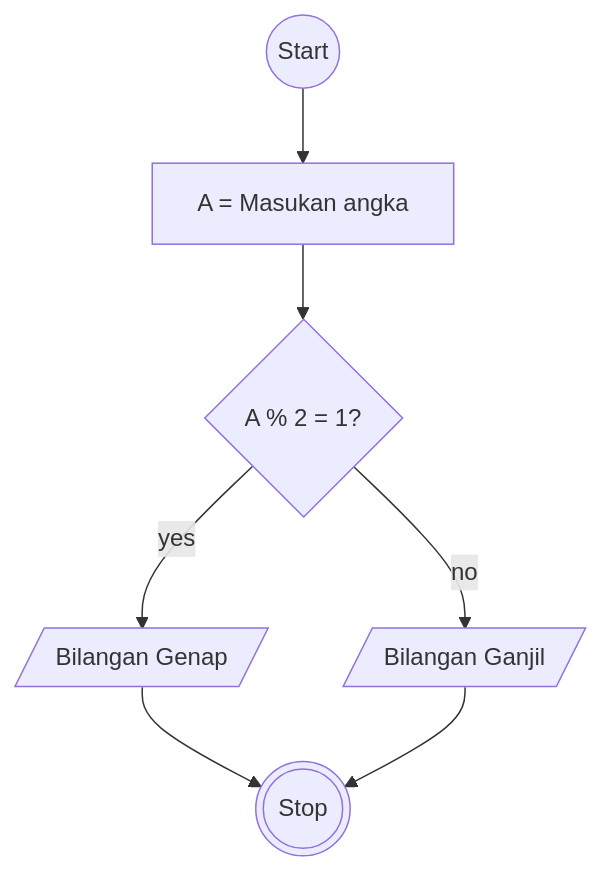
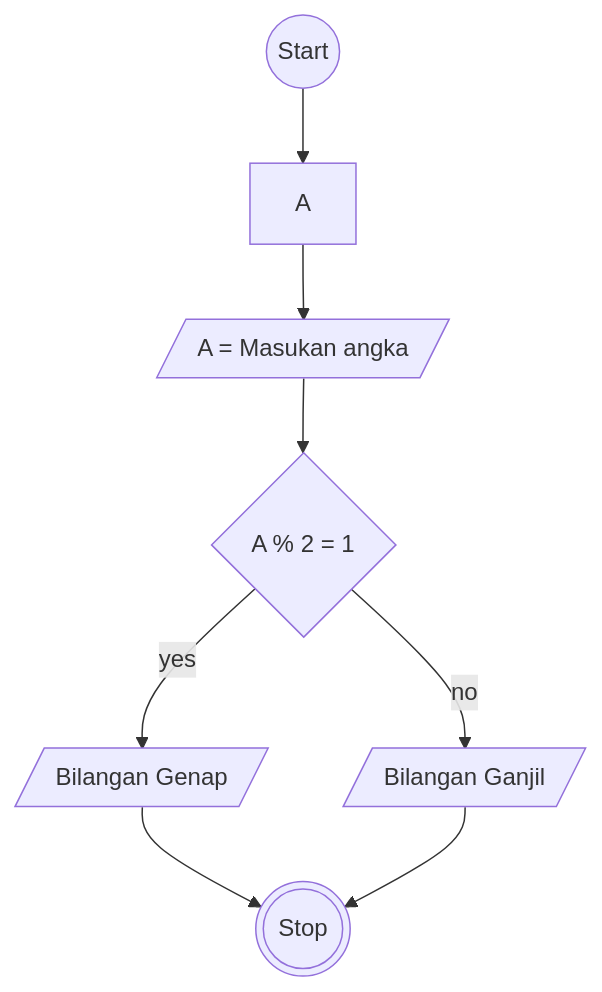
One commit to Vincentius31/koda-b6-algoritma changed the diagram in flowchart-ganjil-genap.md. Above: the diagram before and after it, drawn with Mermaid.

````diff
--- a/flowchart-ganjil-genap.md
+++ b/flowchart-ganjil-genap.md
@@ -1,15 +1,16 @@
 ```mermaid
 flowchart TD
     id1((Start))
-    id3["A = Masukan angka"]
-    id4{A % 2 = 1?}
+    id2["A"]
+    id3[/"A = Masukan angka"/]
+    id4{A % 2 = 1}
     id5[/Bilangan Genap/]
     id6[/Bilangan Ganjil/]
     id7(((Stop)))
 
 
-    id1 --> id3 --> id4 -- yes --> id5
+    id1 --> id2 --> id3 --> id4 -- yes --> id5
     id4 -- no --> id6
     id5 & id6 --> id7
 
 ```
````
